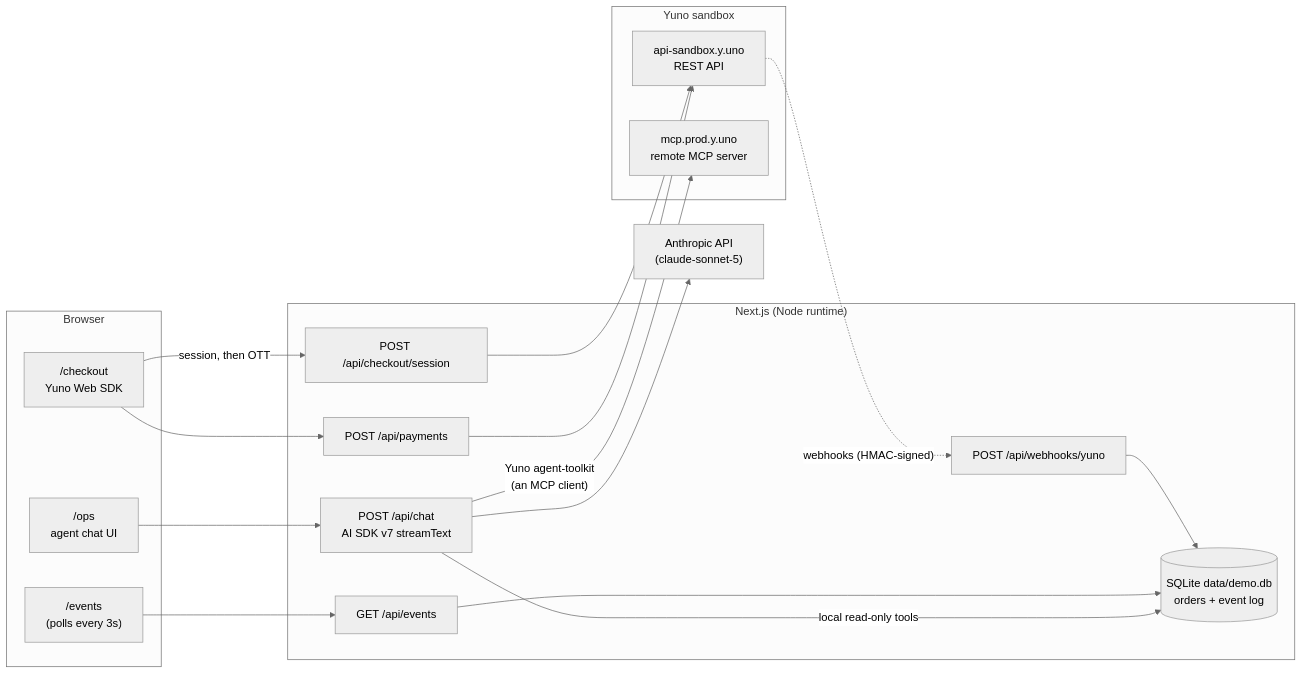
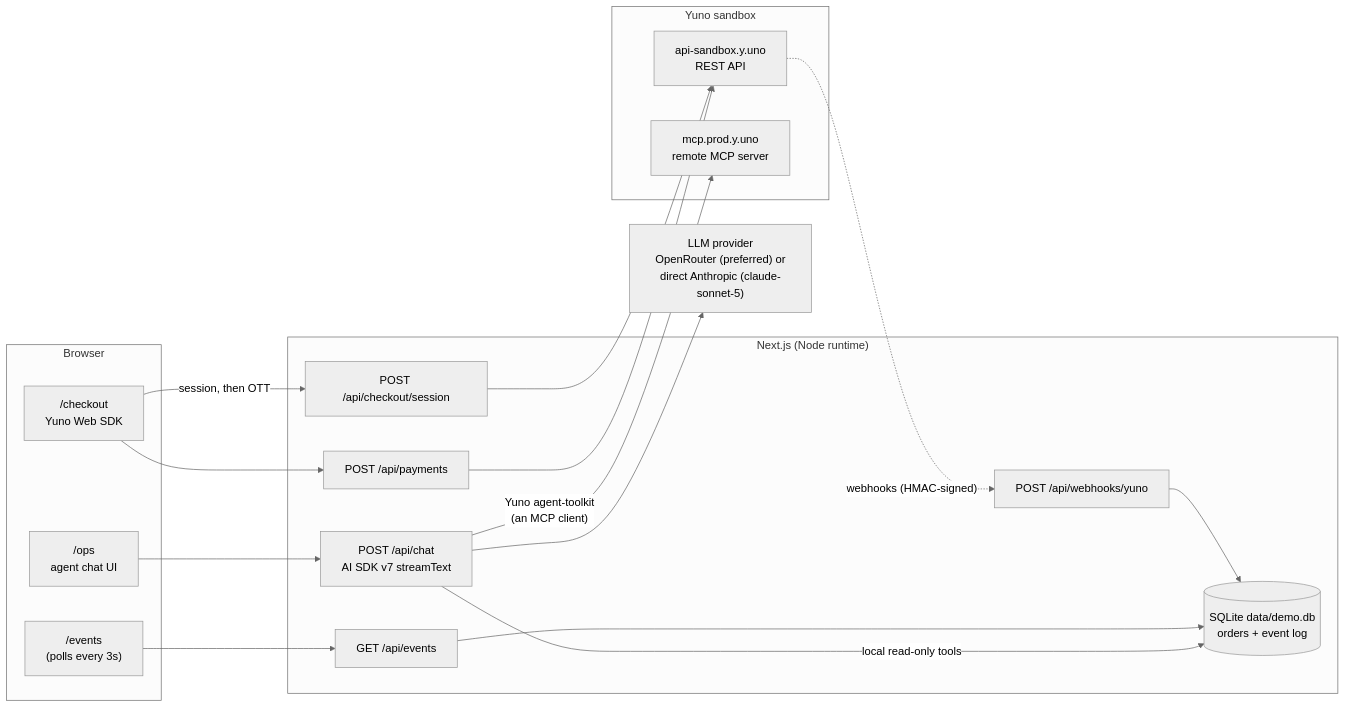
One commit to benlee-1/yuno-demo changed the diagram in README.md. Above: the diagram before and after it, drawn with Mermaid (neutral theme). The commit also changed other lines of this file and 10 other files, not shown here.

First line of the commit message:
Live sandbox pass: OpenRouter provider, verified agent chain, deterministic decline recipe

````diff
--- a/README.md
+++ b/README.md
@@ -20,37 +20,37 @@
 ```mermaid
 flowchart LR
   subgraph browser["Browser"]
     SDK["/checkout<br/>Yuno Web SDK"]
     EV["/events<br/>(polls every 3s)"]
     OPS["/ops<br/>agent chat UI"]
   end
 
   subgraph next["Next.js (Node runtime)"]
     SESS["POST /api/checkout/session"]
     PAY["POST /api/payments"]
     WH["POST /api/webhooks/yuno"]
     EVAPI["GET /api/events"]
     CHAT["POST /api/chat<br/>AI SDK v7 streamText"]
     DB[("SQLite data/demo.db<br/>orders + event log")]
   end
 
   subgraph yuno["Yuno sandbox"]
     API["api-sandbox.y.uno<br/>REST API"]
     MCP["mcp.prod.y.uno<br/>remote MCP server"]
   end
 
-  ANTH["Anthropic API<br/>(claude-sonnet-5)"]
+  ANTH["LLM provider<br/>OpenRouter (preferred) or<br/>direct Anthropic (claude-sonnet-5)"]
 
   SDK -->|"session, then OTT"| SESS
   SDK --> PAY
   SESS --> API
   PAY --> API
   API -.->|"webhooks (HMAC-signed)"| WH
   WH --> DB
   EVAPI --> DB
   EV --> EVAPI
   OPS --> CHAT
   CHAT --> ANTH
   CHAT -->|"Yuno agent-toolkit<br/>(an MCP client)"| MCP
   CHAT -->|"local read-only tools"| DB
 ```
````
